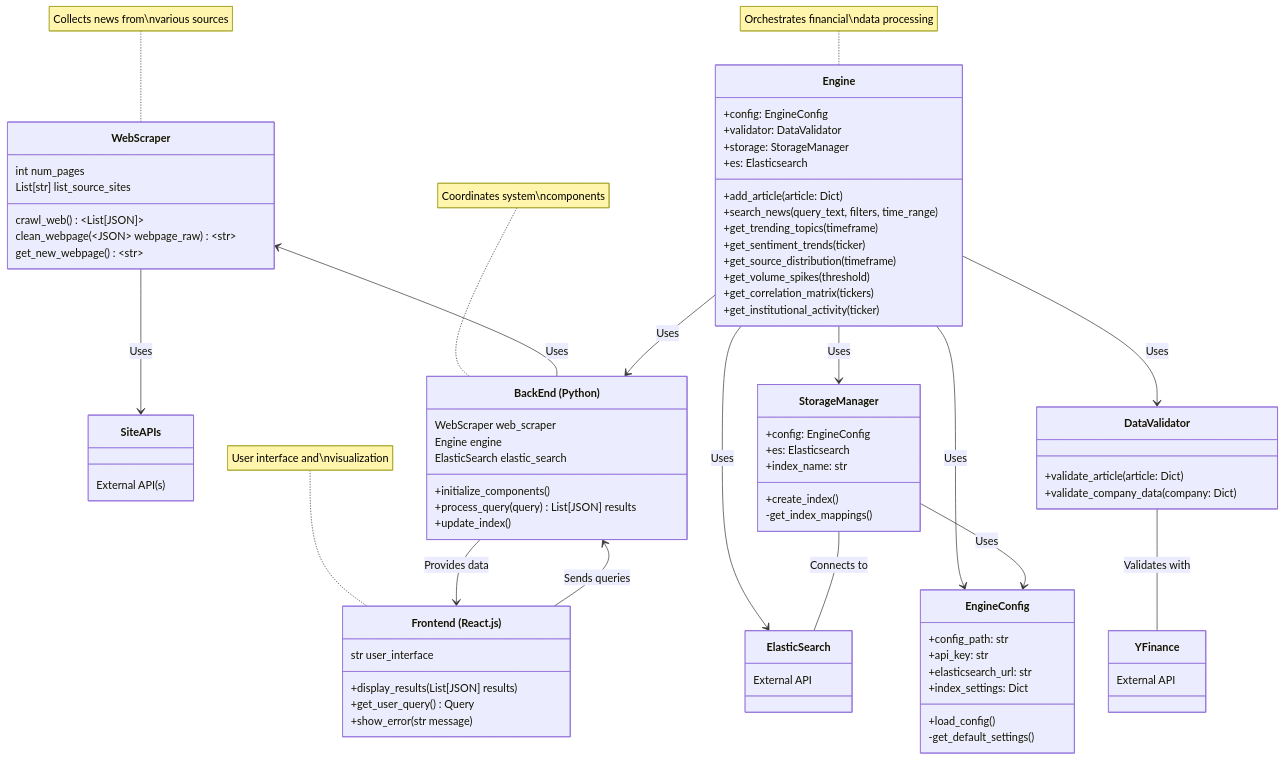
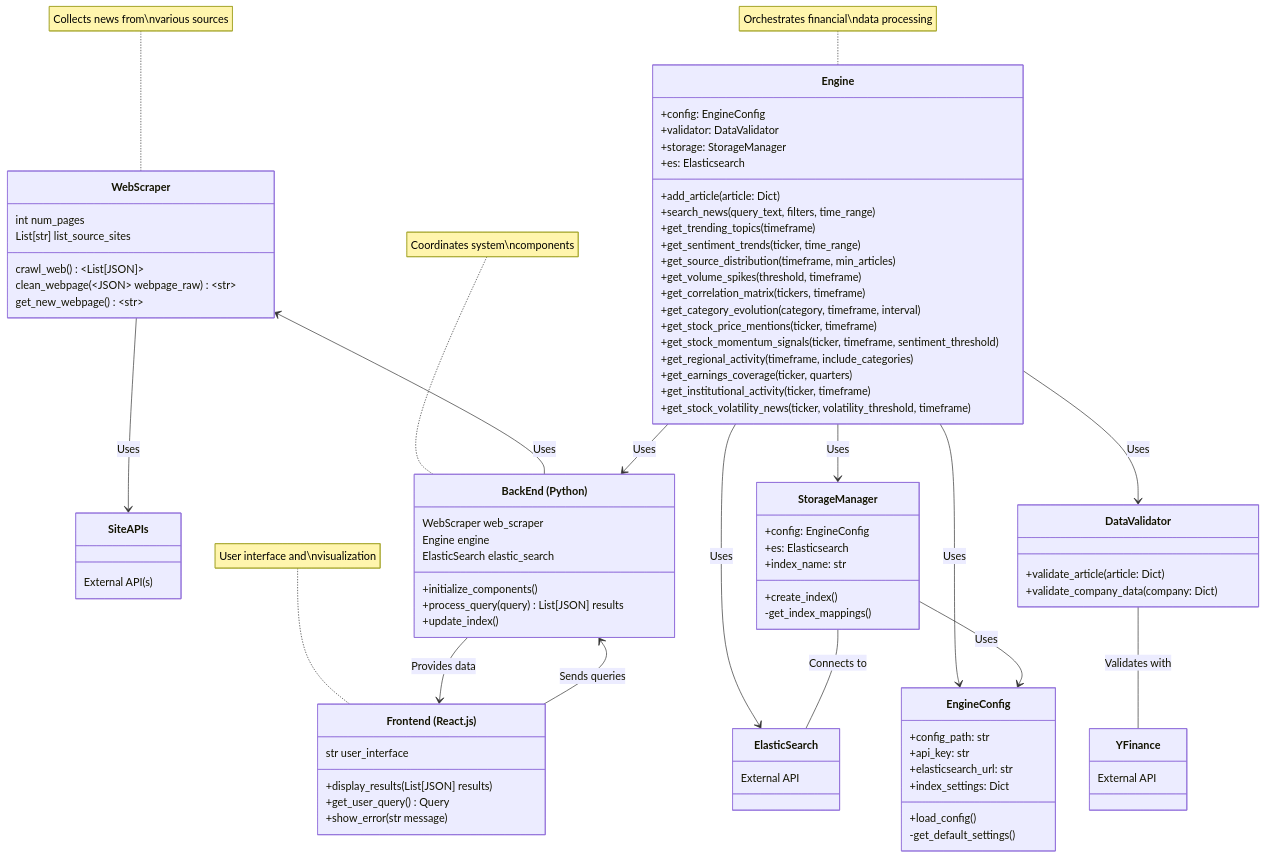
One commit to senior-design-financial-engine/search-engine changed the diagram in README.md. Above: the diagram before and after it, drawn with Mermaid.

Commit message:
Update mermaid diagram

```diff
--- a/README.md
+++ b/README.md
@@ -57,11 +57,17 @@
         +add_article(article: Dict)
         +search_news(query_text, filters, time_range)
         +get_trending_topics(timeframe)
-        +get_sentiment_trends(ticker)
-        +get_source_distribution(timeframe)
-        +get_volume_spikes(threshold)
-        +get_correlation_matrix(tickers)
-        +get_institutional_activity(ticker)
+        +get_sentiment_trends(ticker, time_range)
+        +get_source_distribution(timeframe, min_articles)
+        +get_volume_spikes(threshold, timeframe)
+        +get_correlation_matrix(tickers, timeframe)
+        +get_category_evolution(category, timeframe, interval)
+        +get_stock_price_mentions(ticker, timeframe)
+        +get_stock_momentum_signals(ticker, timeframe, sentiment_threshold)
+        +get_regional_activity(timeframe, include_categories)
+        +get_earnings_coverage(ticker, quarters)
+        +get_institutional_activity(ticker, timeframe)
+        +get_stock_volatility_news(ticker, volatility_threshold, timeframe)
     }
 
     class EngineConfig {
```
